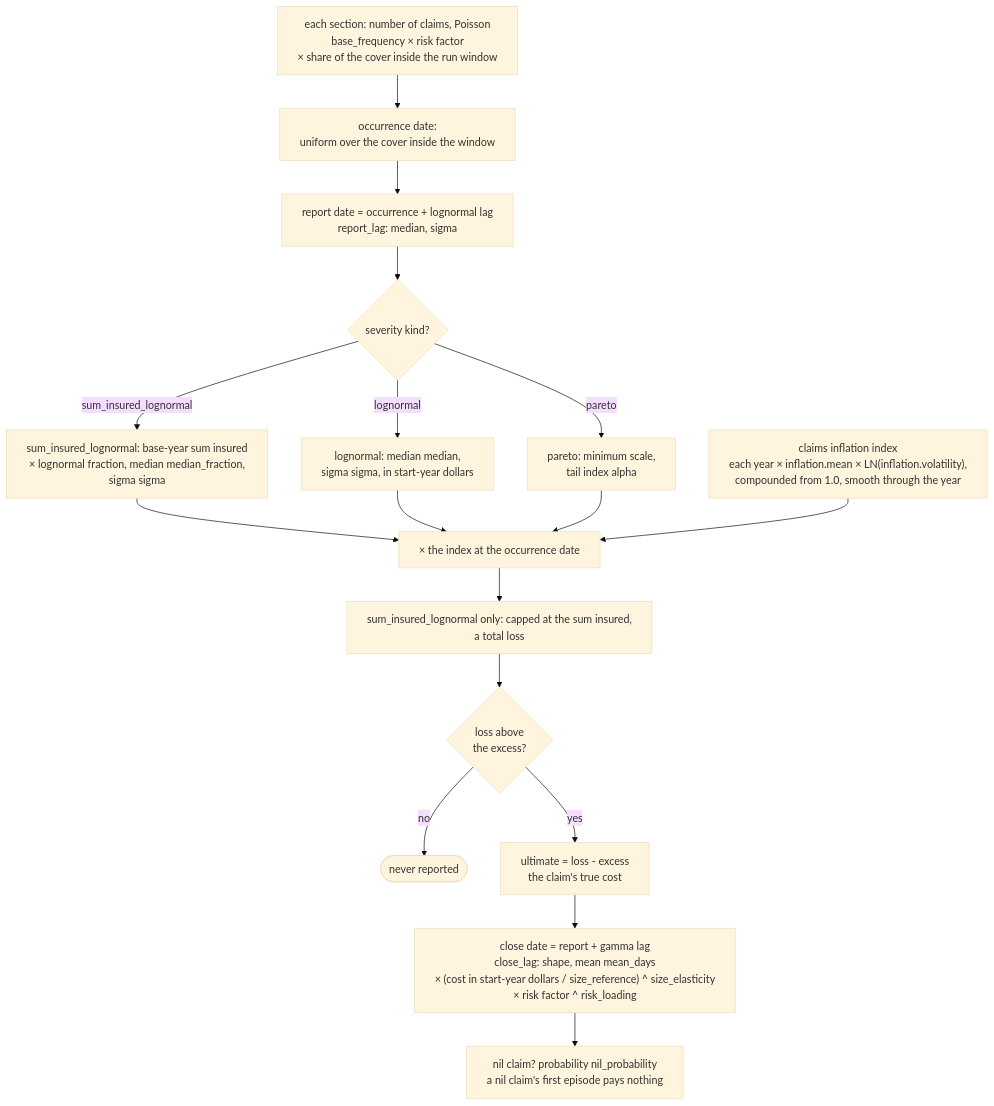
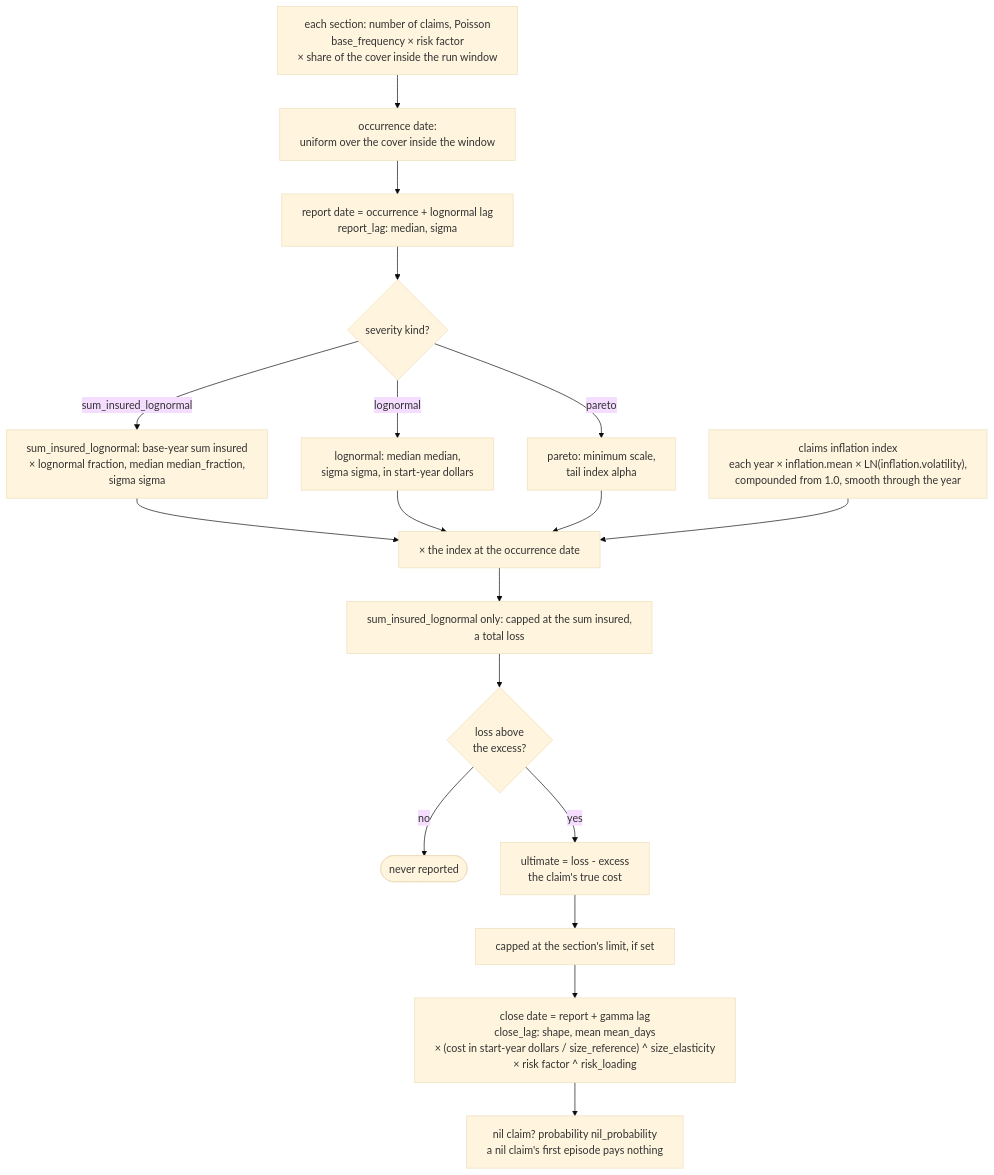
The fourth of 10 diagrams in README.md (le-marais/claims-data-generator), drawn with Mermaid (base theme) before and after one commit. The commit also changed other lines of this file and 9 other files, not shown here.

````diff
--- a/README.md
+++ b/README.md
@@ -142,30 +142,31 @@
 ```mermaid
 %%{init: {"flowchart": {"wrappingWidth": 480}}}%%
 flowchart TD
     count["each section: number of claims, Poisson<br/>base_frequency × risk factor<br/>× share of the cover inside the run window"]
     occurrence["occurrence date:<br/>uniform over the cover inside the window"]
     report["report date = occurrence + lognormal lag<br/>report_lag: median, sigma"]
     kind{"severity kind?"}
     siLoss["sum_insured_lognormal: base-year sum insured<br/>× lognormal fraction, median median_fraction,<br/>sigma sigma"]
     lognormalLoss["lognormal: median median,<br/>sigma sigma, in start-year dollars"]
     paretoLoss["pareto: minimum scale,<br/>tail index alpha"]
     index["claims inflation index<br/>each year × inflation.mean × LN(inflation.volatility),<br/>compounded from 1.0, smooth through the year"]
     trended["× the index at the occurrence date"]
     cap["sum_insured_lognormal only: capped at the sum insured,<br/>a total loss"]
     pierce{"loss above<br/>the excess?"}
     dropped(["never reported"])
     ultimate["ultimate = loss - excess<br/>the claim's true cost"]
+    limitCap["capped at the section's limit, if set"]
     closeDate["close date = report + gamma lag<br/>close_lag: shape, mean mean_days<br/>× (cost in start-year dollars / size_reference) ^ size_elasticity<br/>× risk factor ^ risk_loading"]
     nilFlag["nil claim? probability nil_probability<br/>a nil claim's first episode pays nothing"]
     count --> occurrence --> report --> kind
     kind -- "sum_insured_lognormal" --> siLoss
     kind -- "lognormal" --> lognormalLoss
     kind -- "pareto" --> paretoLoss
     siLoss --> trended
     lognormalLoss --> trended
     paretoLoss --> trended
     index --> trended
     trended --> cap --> pierce
     pierce -- "no" --> dropped
-    pierce -- "yes" --> ultimate --> closeDate --> nilFlag
+    pierce -- "yes" --> ultimate --> limitCap --> closeDate --> nilFlag
 ```
````
